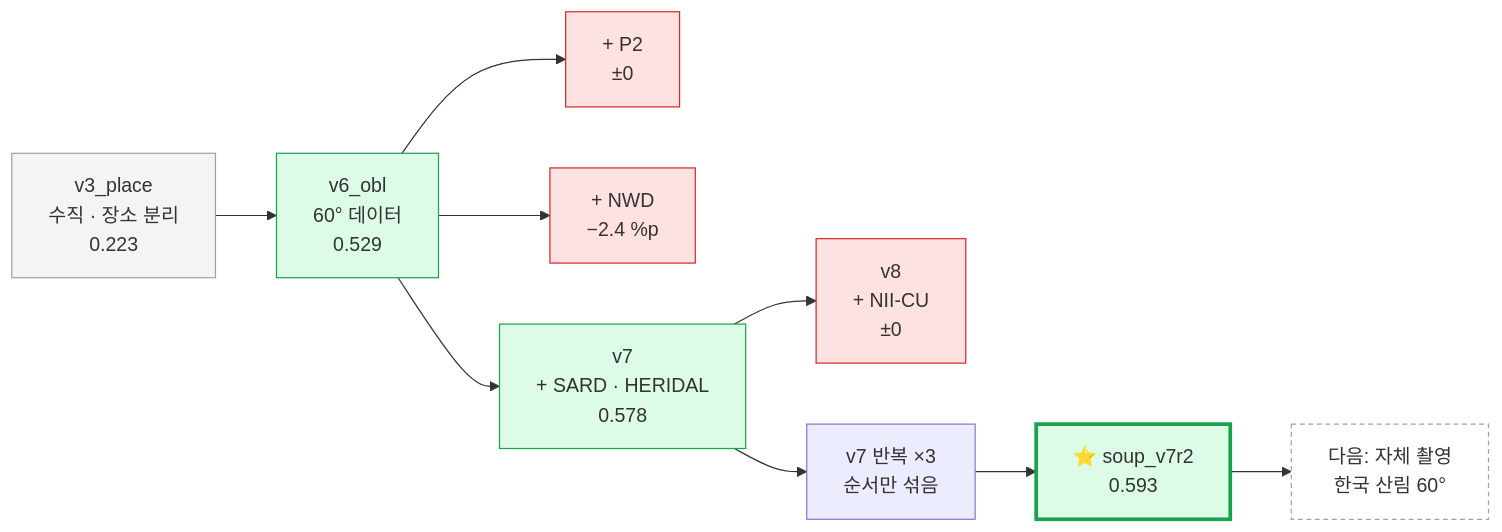
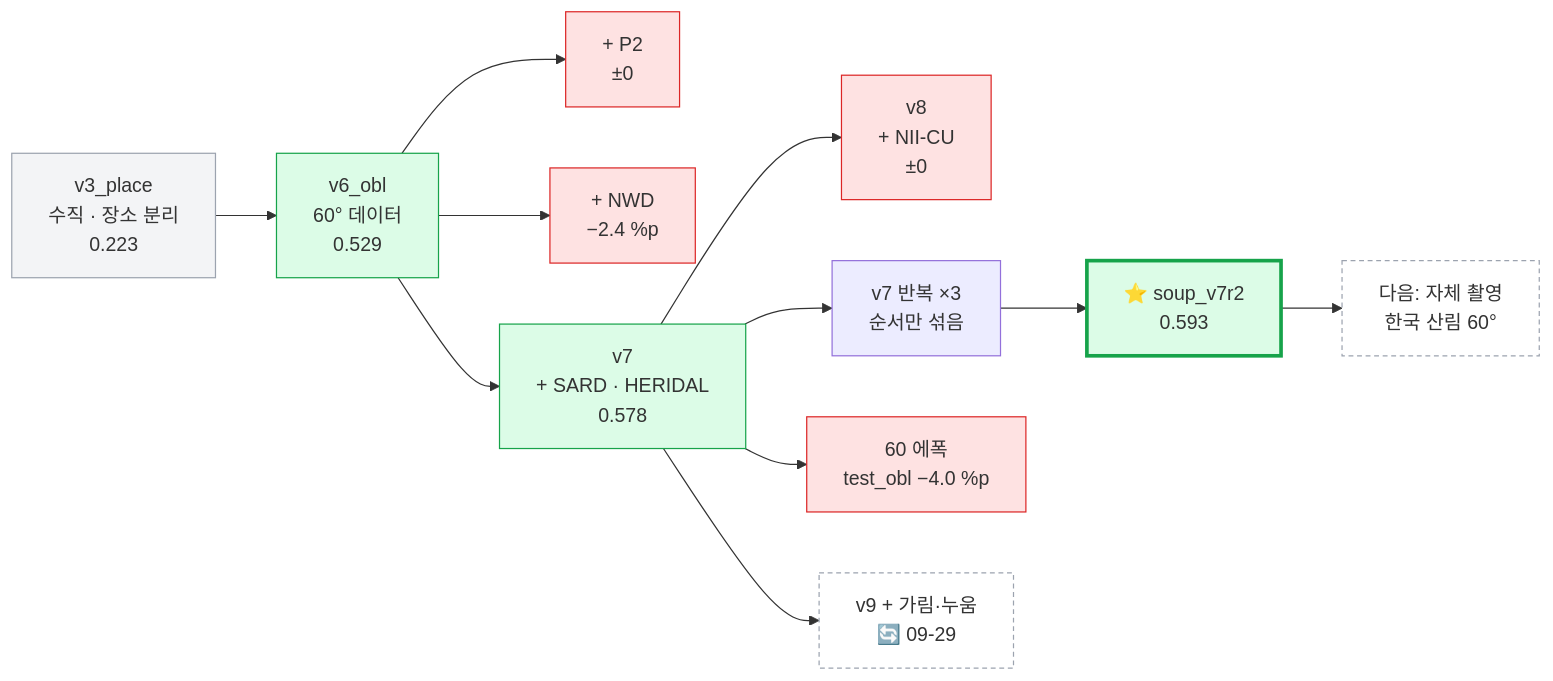
Before and after one commit to tim9985/Capstone: the second of 2 diagrams in obsidian/11 서버 학습 계획/00 학습 계획 한눈에.md, drawn with Mermaid. The commit also changed other lines of this file and 28 other files, not shown here.

````diff
--- a/obsidian/11 서버 학습 계획/00 학습 계획 한눈에.md
+++ b/obsidian/11 서버 학습 계획/00 학습 계획 한눈에.md
@@ -54,16 +54,18 @@
 ```mermaid
 flowchart LR
     V3["v3_place<br/>수직 · 장소 분리<br/>0.223"]:::old --> V6["v6_obl<br/>60° 데이터<br/>0.529"]:::ok
     V6 --> P2["+ P2<br/>±0"]:::no
     V6 --> NWD["+ NWD<br/>−2.4 %p"]:::no
     V6 --> V7["v7<br/>+ SARD · HERIDAL<br/>0.578"]:::ok
     V7 --> V8["v8<br/>+ NII-CU<br/>±0"]:::no
     V7 --> R["v7 반복 ×3<br/>순서만 섞음"]
+    V7 --> E60["60 에폭<br/>test_obl −4.0 %p"]:::no
+    V7 --> V9["v9 + 가림·누움<br/>🔄 09-29"]:::plan
     R --> S["⭐ soup_v7r2<br/>0.593"]:::star
     S --> OWN["다음: 자체 촬영<br/>한국 산림 60°"]:::plan
     classDef ok fill:#dcfce7,stroke:#16a34a
     classDef star fill:#dcfce7,stroke:#16a34a,stroke-width:3px
     classDef no fill:#fee2e2,stroke:#dc2626
     classDef old fill:#f3f4f6,stroke:#9ca3af
     classDef plan fill:#fff,stroke:#9ca3af,stroke-dasharray:4 3
 ```
````
